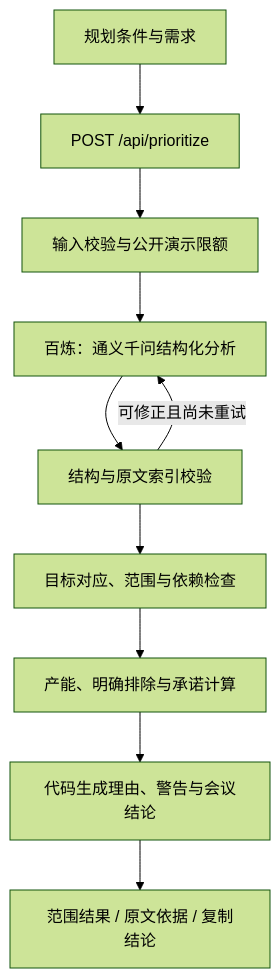
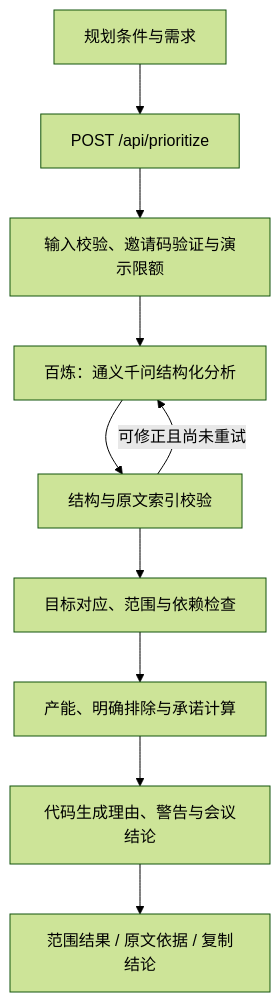
One commit to hexing-ai/whitespace changed the diagram in docs/architecture.md. Above: the diagram before and after it, drawn with Mermaid (forest theme). The commit also changed other lines of this file and 17 other files, not shown here.

````diff
--- a/docs/architecture.md
+++ b/docs/architecture.md
@@ -5,12 +5,12 @@
 ```mermaid
 flowchart TD
   A[规划条件与需求] --> B[POST /api/prioritize]
-  B --> C[输入校验与公开演示限额]
+  B --> C[输入校验、邀请码验证与演示限额]
   C --> D[百炼：通义千问结构化分析]
   D --> E[结构与原文索引校验]
   E --> F[目标对应、范围与依赖检查]
   F --> G[产能、明确排除与承诺计算]
   G --> H[代码生成理由、警告与会议结论]
   H --> I[范围结果 / 原文依据 / 复制结论]
   E -->|可修正且尚未重试| D
 ```
````
